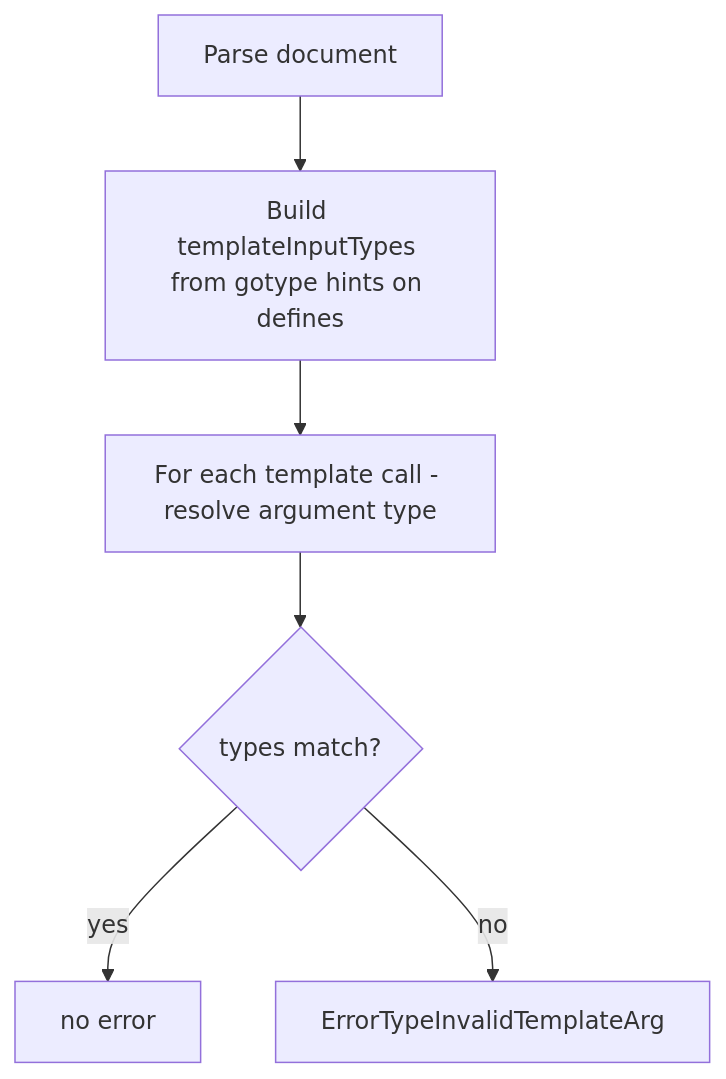
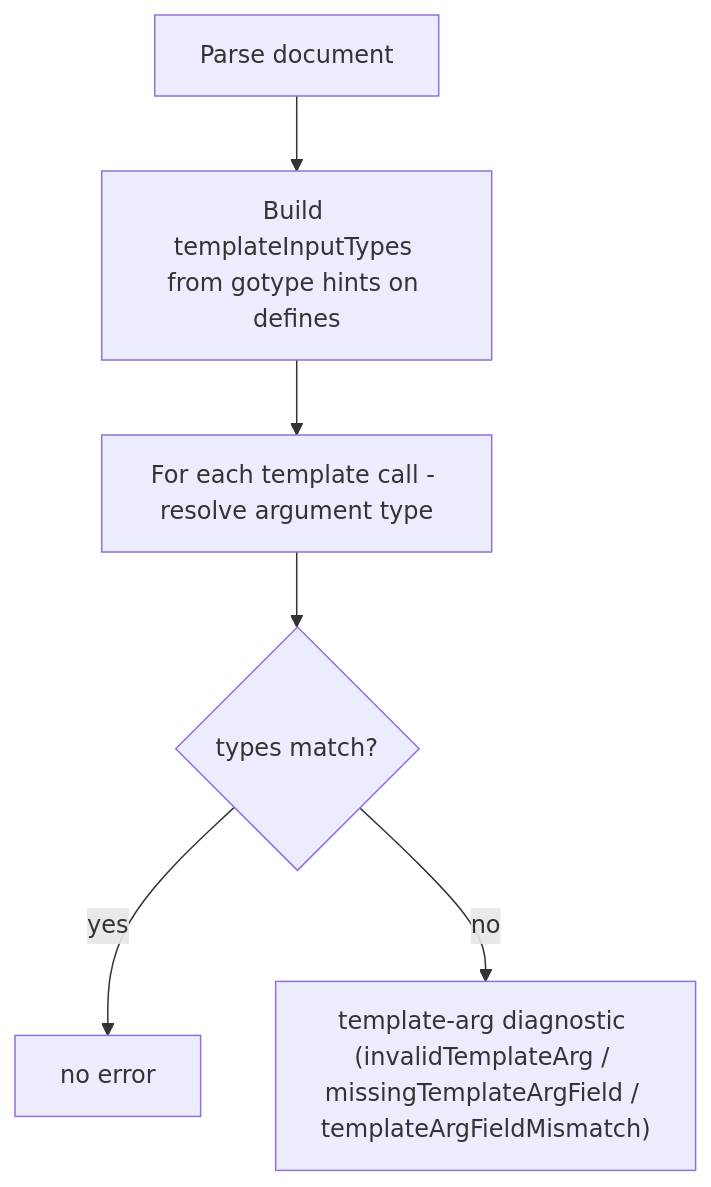
Before and after one commit to allseas/go-template-lsp: the first of 2 diagrams in docs/features/template_checking.md, drawn with Mermaid. The commit also changed other lines of this file and 10 other files, not shown here.

First line of the commit message:
feat: template-argument dict field checking and input inference (#18)

````diff
--- a/docs/features/template_checking.md
+++ b/docs/features/template_checking.md
@@ -29,8 +31,8 @@
 ```mermaid
 flowchart TD
     A[Parse document] --> B["Build templateInputTypes from gotype hints on defines"]
     B --> C["For each template call - resolve argument type"]
     C --> D{types match?}
     D -->|yes| E[no error]
-    D -->|no| F[ErrorTypeInvalidTemplateArg]
+    D -->|no| F["template-arg diagnostic (invalidTemplateArg / missingTemplateArgField / templateArgFieldMismatch)"]
 ```
````
